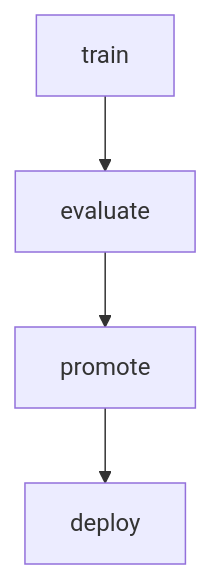
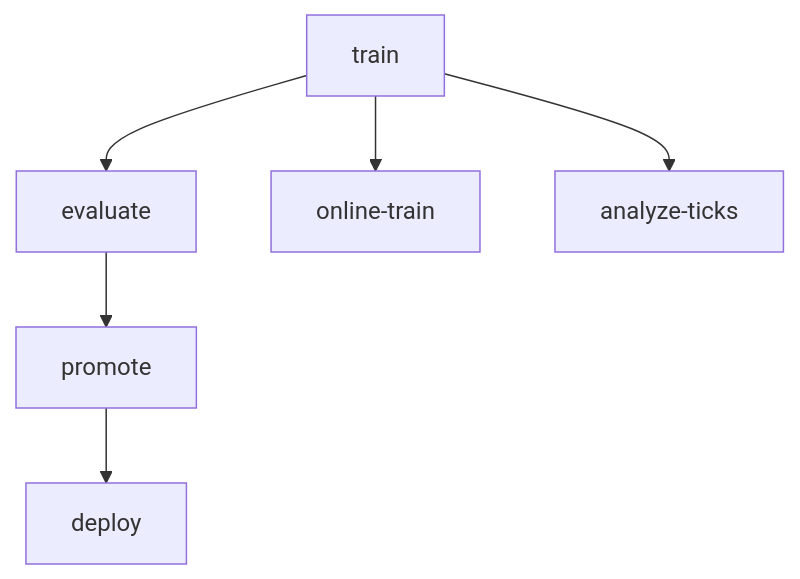
Before and after one commit to yegorsokolov/BotCopier: the diagram in docs/cli_usage.md, drawn with Mermaid. The commit also changed other lines of this file and 10 other files, not shown here.

````diff
--- a/docs/cli_usage.md
+++ b/docs/cli_usage.md
@@ -5,6 +5,8 @@
 ```mermaid
 graph TD
     A[train] --> B[evaluate]
     B --> C[promote]
     C --> D[deploy]
+    A --> E[online-train]
+    A --> F[analyze-ticks]
 ```
````
